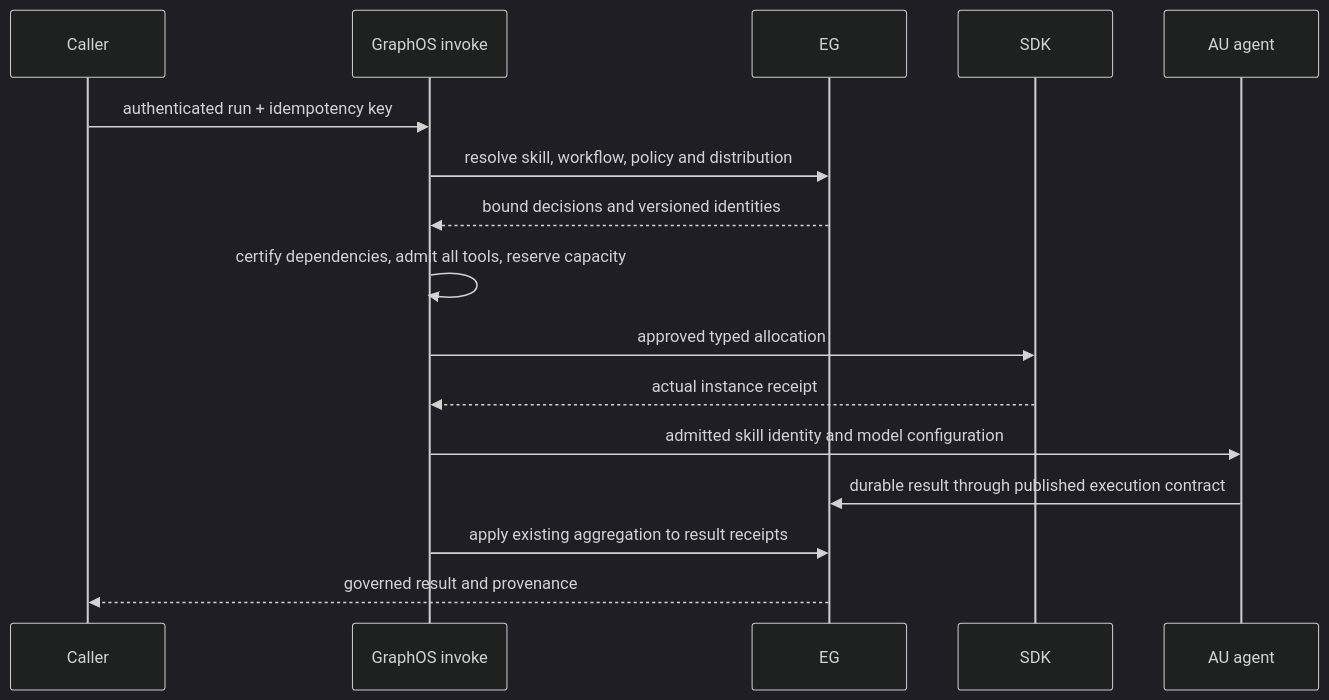
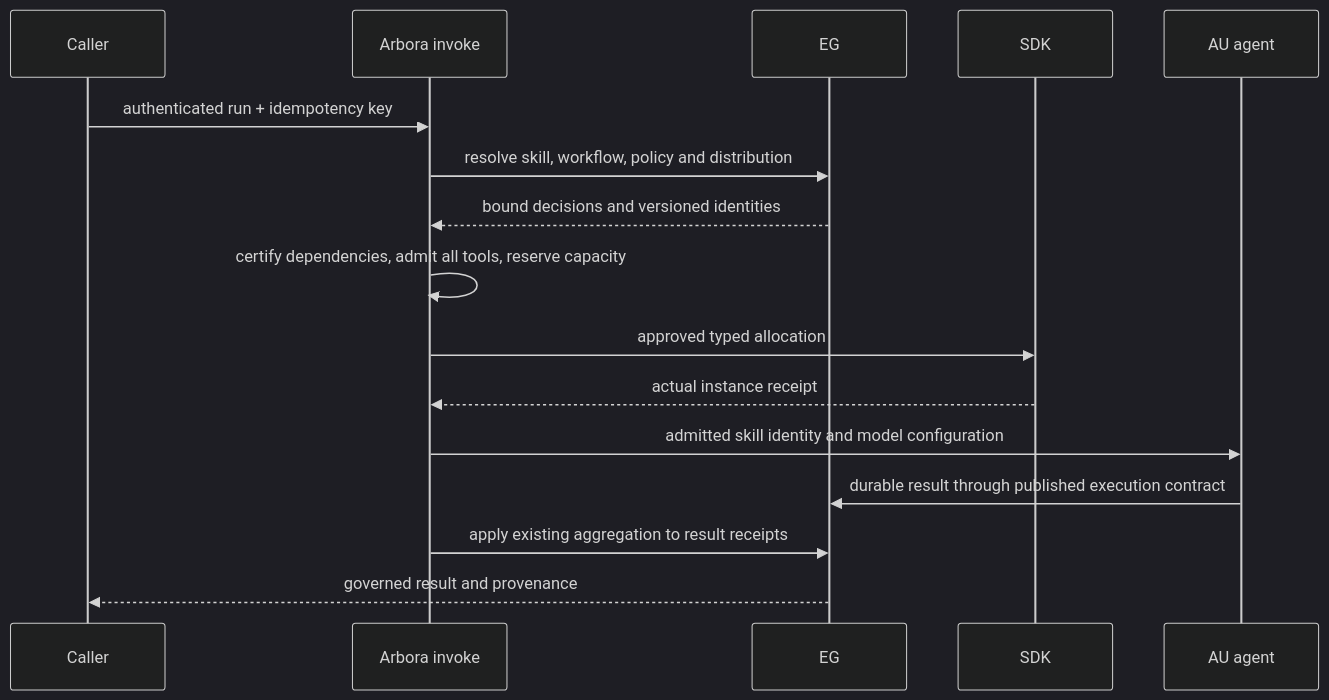
Before and after one commit to Knuckles-Team/arbora: the diagram in specs/fleet-catalog-and-tools/plan.md, drawn with Mermaid (dark theme). The commit also changed other lines of this file and 1682 other files, not shown here.

First line of the commit message:
refactor: rename the graph-os project to arbora

````diff
--- a/specs/fleet-catalog-and-tools/plan.md
+++ b/specs/fleet-catalog-and-tools/plan.md
@@ -115,18 +115,18 @@
 ```mermaid
 sequenceDiagram
     participant Caller
-    participant Host as GraphOS invoke
+    participant Host as Arbora invoke
     participant EG
     participant SDK
     participant Agent as AU agent
     Caller->>Host: authenticated run + idempotency key
     Host->>EG: resolve skill, workflow, policy and distribution
     EG-->>Host: bound decisions and versioned identities
     Host->>Host: certify dependencies, admit all tools, reserve capacity
     Host->>SDK: approved typed allocation
     SDK-->>Host: actual instance receipt
     Host->>Agent: admitted skill identity and model configuration
     Agent->>EG: durable result through published execution contract
     Host->>EG: apply existing aggregation to result receipts
     EG-->>Caller: governed result and provenance
 ```
````
